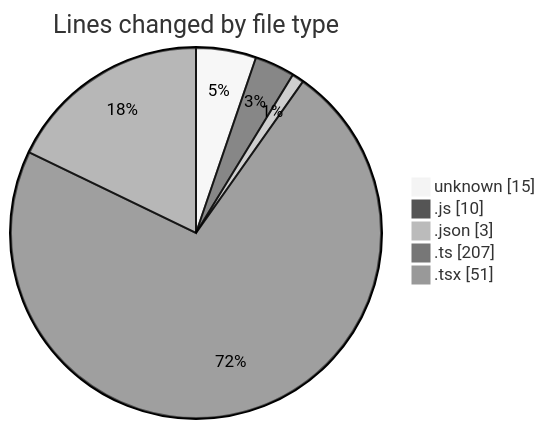
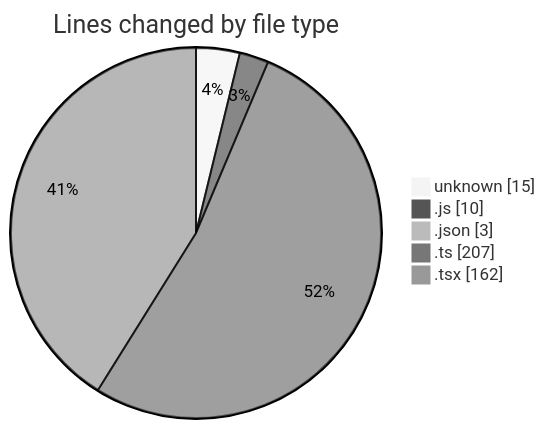
Before and after one commit to CELIANVF/code-tracking: the first of 2 diagrams in 2025-05-02/ecodeli/README.md, drawn with Mermaid (neutral theme). The commit also changed other lines of this file and 1 other file, not shown here.

````diff
--- a/2025-05-02/ecodeli/README.md
+++ b/2025-05-02/ecodeli/README.md
@@ -27,9 +28,9 @@
 ```mermaid
 pie showData
 title Lines changed by file type
 "unknown" : 15
 ".js" : 10
 ".json" : 3
 ".ts" : 207
-".tsx" : 51
+".tsx" : 162
 ```
````
